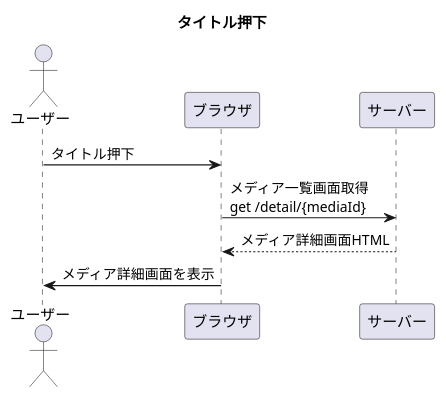
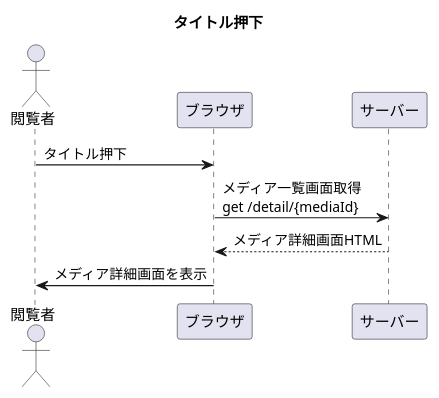
The diagram in doc/6_ui/pages/メディア一覧/sequence/タイトル押下.puml (hachimitu22/MangaViewer), drawn with PlantUML before and after one commit. The commit also changed 39 other files, not shown here.

```diff
--- a/doc/6_ui/pages/メディア一覧/sequence/タイトル押下.puml
+++ b/doc/6_ui/pages/メディア一覧/sequence/タイトル押下.puml
@@ -1,14 +1,14 @@
 @startuml
 
 title タイトル押下
 
-actor ユーザー
+actor 閲覧者
 participant ブラウザ
 participant サーバー
 
-ユーザー -> ブラウザ: タイトル押下
+閲覧者 -> ブラウザ: タイトル押下
 ブラウザ -> サーバー: メディア一覧画面取得\nget /detail/{mediaId}
 ブラウザ <-- サーバー: メディア詳細画面HTML
-ユーザー <- ブラウザ: メディア詳細画面を表示
+閲覧者 <- ブラウザ: メディア詳細画面を表示
 
 @enduml
```
